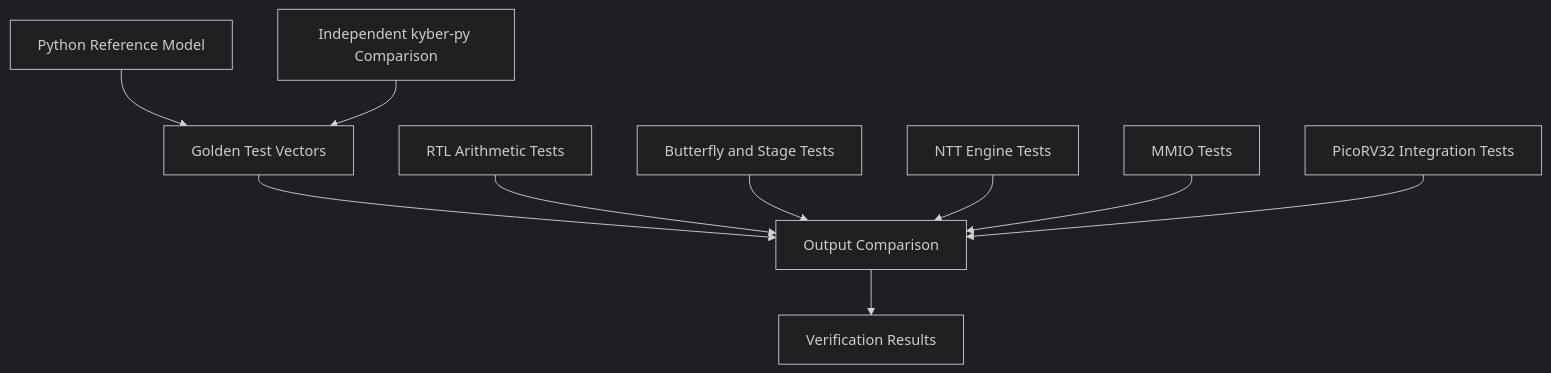
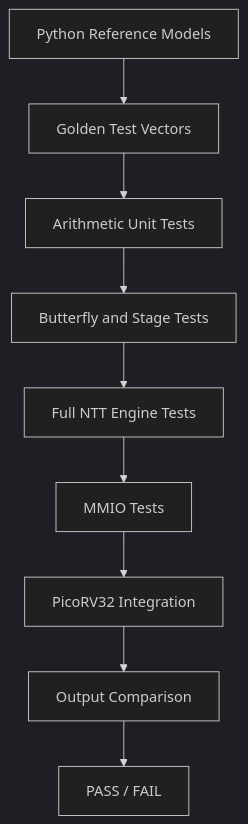
One commit to Harshima-Joshi15/riscv-ntt-accelerator changed the fifth of 5 diagrams in README.md. Above: the diagram before and after it, drawn with Mermaid (dark theme). The commit also changed other lines of this file, not shown here.

````diff
--- a/README.md
+++ b/README.md
@@ -412,23 +216,21 @@
 ```mermaid
 flowchart TD
-    A["Python Reference Model"]
-    B["Independent kyber-py Comparison"]
-    C["Golden Test Vectors"]
-    D["RTL Arithmetic Tests"]
-    E["Butterfly and Stage Tests"]
-    F["NTT Engine Tests"]
-    G["MMIO Tests"]
-    H["PicoRV32 Integration Tests"]
-    I["Output Comparison"]
-    J["Verification Results"]
+    A["Python Reference Models"]
+    B["Golden Test Vectors"]
+    C["Arithmetic Unit Tests"]
+    D["Butterfly and Stage Tests"]
+    E["Full NTT Engine Tests"]
+    F["MMIO Tests"]
+    G["PicoRV32 Integration"]
+    H["Output Comparison"]
+    I["PASS / FAIL"]
 
-    A --> C
+    A --> B
     B --> C
-    C --> I
-    D --> I
-    E --> I
-    F --> I
-    G --> I
+    C --> D
+    D --> E
+    E --> F
+    F --> G
+    G --> H
     H --> I
-    I --> J
 ```
````
